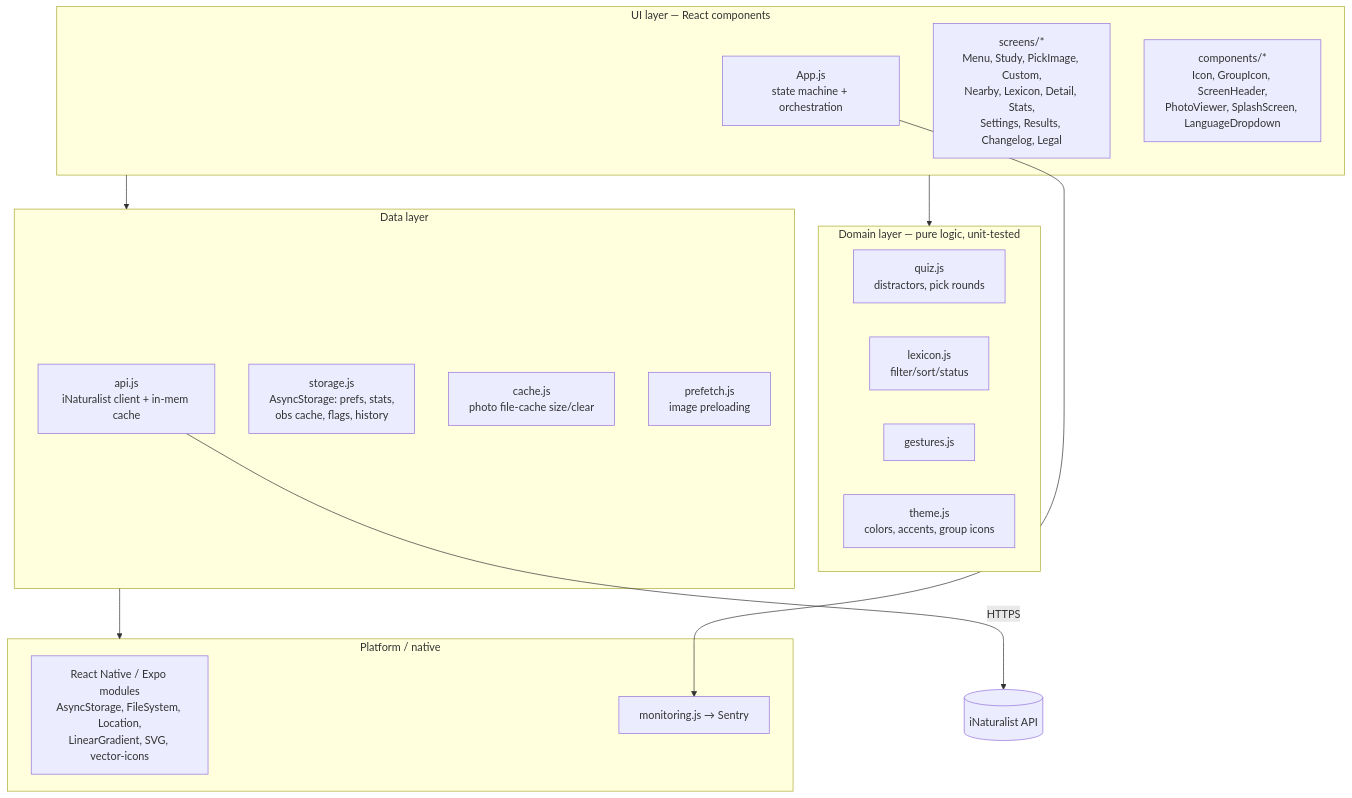
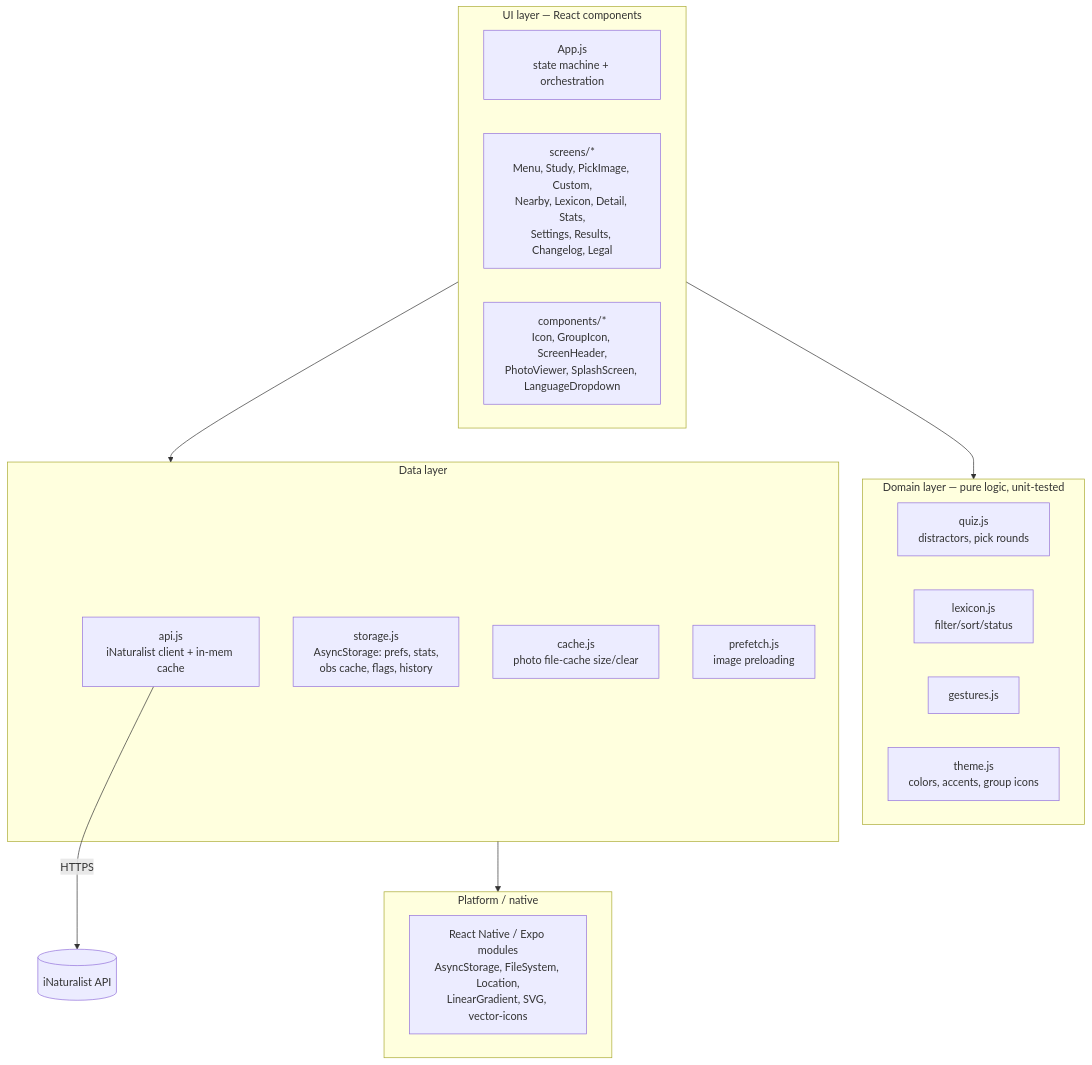
Before and after one commit to turbolya/gote: the second of 7 diagrams in docs/ARCHITECTURE.md, drawn with Mermaid. The commit also changed other lines of this file and 8 other files, not shown here.

````diff
--- a/docs/ARCHITECTURE.md
+++ b/docs/ARCHITECTURE.md
@@ -52,33 +51,31 @@
 ```mermaid
 flowchart TB
   subgraph UI[UI layer — React components]
     appjs[App.js\nstate machine + orchestration]
     screens[screens/*\nMenu, Study, PickImage, Custom,\nNearby, Lexicon, Detail, Stats,\nSettings, Results, Changelog, Legal]
     comps[components/*\nIcon, GroupIcon, ScreenHeader,\nPhotoViewer, SplashScreen, LanguageDropdown]
   end
 
   subgraph DOMAIN[Domain layer — pure logic, unit-tested]
     quiz[quiz.js\ndistractors, pick rounds]
     lexicon[lexicon.js\nfilter/sort/status]
     gestures[gestures.js]
     theme[theme.js\ncolors, accents, group icons]
   end
 
   subgraph DATA[Data layer]
     api[api.js\niNaturalist client + in-mem cache]
     storage[storage.js\nAsyncStorage: prefs, stats,\nobs cache, flags, history]
     cache[cache.js\nphoto file-cache size/clear]
     prefetch[prefetch.js\nimage preloading]
   end
 
   subgraph PLATFORM[Platform / native]
     rn[React Native / Expo modules\nAsyncStorage, FileSystem, Location,\nLinearGradient, SVG, vector-icons]
-    monitor[monitoring.js → Sentry]
   end
 
   UI --> DOMAIN
   UI --> DATA
-  appjs --> monitor
   DATA --> PLATFORM
   api -->|HTTPS| ext[(iNaturalist API)]
 ```
````
